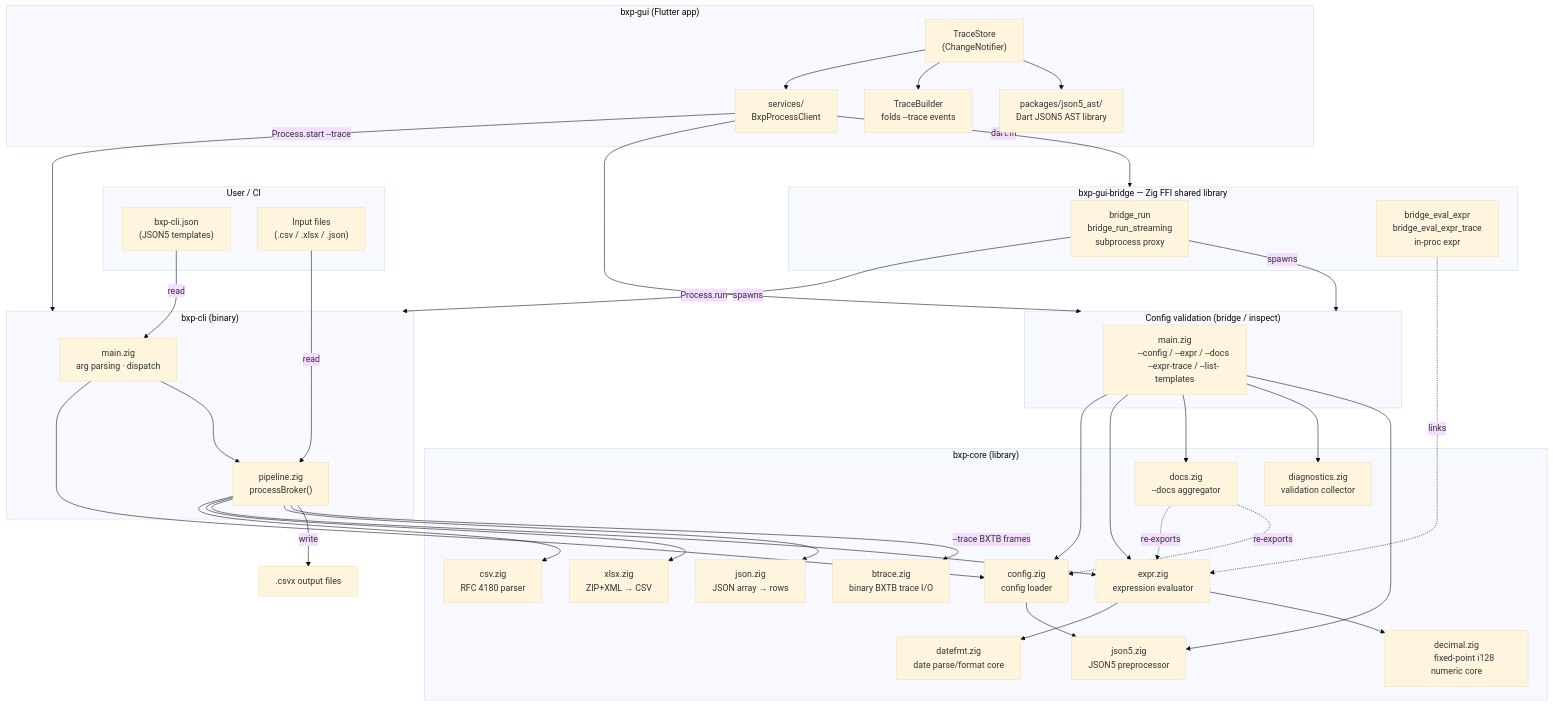
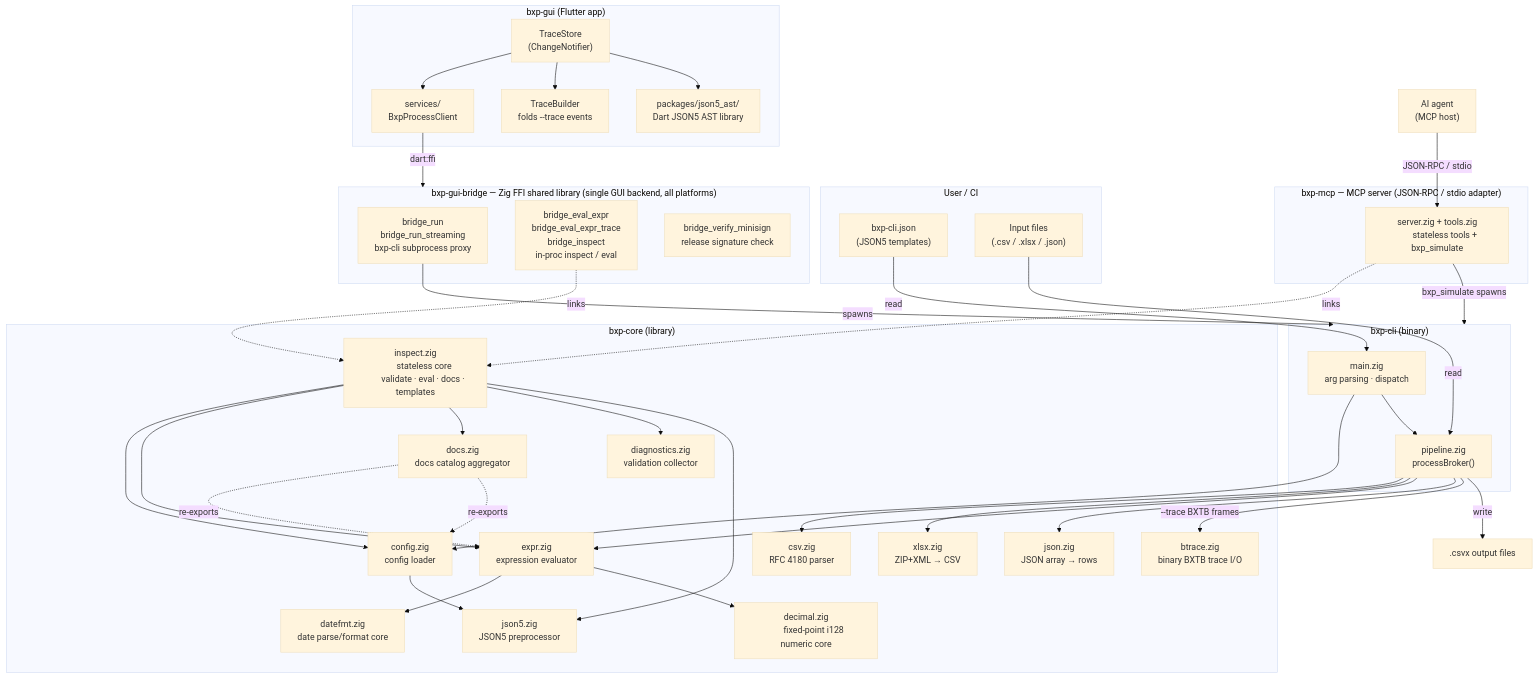
Before and after one commit to zaxified/bxp: the first of 17 diagrams in docs/architecture.md, drawn with Mermaid (base theme). The commit also changed other lines of this file and 7 other files, not shown here.

````diff
--- a/docs/architecture.md
+++ b/docs/architecture.md
@@ -50,9 +50,10 @@
         Dart JSON5 AST library"]
     end
 
-    subgraph BRIDGE["bxp-gui-bridge — Zig FFI shared library"]
-        BRUN["bridge_run<br/>bridge_run_streaming<br/>subprocess proxy"]
-        BEVAL["bridge_eval_expr<br/>bridge_eval_expr_trace<br/>in-proc expr"]
+    subgraph BRIDGE["bxp-gui-bridge — Zig FFI shared library (single GUI backend, all platforms)"]
+        BRUN["bridge_run<br/>bridge_run_streaming<br/>bxp-cli subprocess proxy"]
+        BEVAL["bridge_eval_expr<br/>bridge_eval_expr_trace<br/>bridge_inspect<br/>in-proc inspect / eval"]
+        BSIG["bridge_verify_minisign<br/>release signature check"]
     end
 
     subgraph CLI["bxp-cli (binary)"]
@@ -62,13 +63,18 @@
         processBroker()"]
     end
 
-    subgraph FMT["Config validation (bridge / inspect)"]
-        FMTMAIN["main.zig
-        --config / --expr / --docs
-        --expr-trace / --list-templates"]
+    AGENT["AI agent
+    (MCP host)"]
+
+    subgraph MCP["bxp-mcp — MCP server (JSON-RPC / stdio adapter)"]
+        MCPSRV["server.zig + tools.zig
+        stateless tools + bxp_simulate"]
     end
 
     subgraph Core["bxp-core (library)"]
+        INSPECT["inspect.zig
+        stateless core
+        validate · eval · docs · templates"]
         CSV["csv.zig
         RFC 4180 parser"]
         XLSX["xlsx.zig
@@ -88,7 +94,7 @@
         JSON5["json5.zig
         JSON5 preprocessor"]
         DOCS["docs.zig
-        --docs aggregator"]
+        docs catalog aggregator"]
         DIAG["diagnostics.zig
         validation collector"]
     end
@@ -107,22 +113,23 @@
     PIPE -->|--trace BXTB frames| BTRACE
     PIPE -->|write| OUT[".csvx output files"]
 
-    FMTMAIN --> CFG2
-    FMTMAIN --> EXPR
-    FMTMAIN --> DOCS
-    FMTMAIN --> DIAG
-    FMTMAIN --> JSON5
+    INSPECT --> CFG2
+    INSPECT --> EXPR
+    INSPECT --> DOCS
+    INSPECT --> DIAG
+    INSPECT --> JSON5
 
     DOCS -.re-exports.-> EXPR
     DOCS -.re-exports.-> CFG2
 
-    SVCS -->|Process.start --trace| CLI
-    SVCS -->|Process.run| FMT
     SVCS -->|dart:ffi| BRIDGE
     BRUN -->|spawns| CLI
-    BRUN -->|spawns| FMT
-    BEVAL -.links.-> EXPR
+    BEVAL -.links.-> INSPECT
     STORE --> SVCS
     STORE --> TB
     STORE --> AST_LIB
+
+    AGENT -->|JSON-RPC / stdio| MCPSRV
+    MCPSRV -.links.-> INSPECT
+    MCPSRV -->|bxp_simulate spawns| CLI
 ```
````
